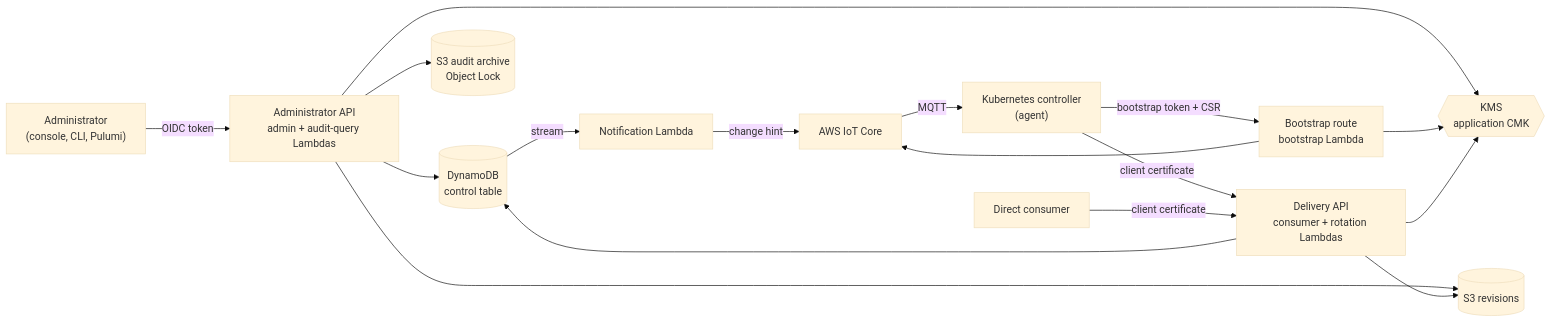
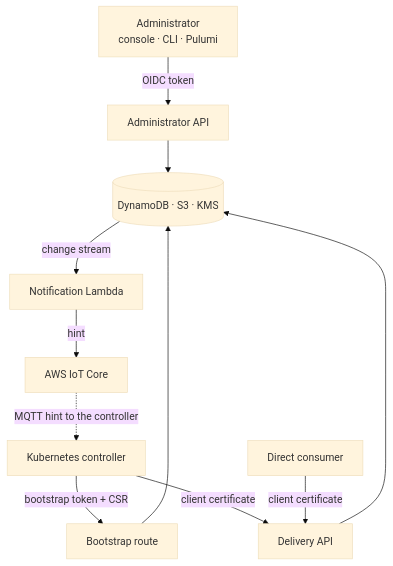
One commit to zyno-io/hemlig changed the diagram in docs/guide/architecture.md. Above: the diagram before and after it, drawn with Mermaid (base theme). The commit also changed 1 other file, not shown here.

Commit message:
docs: readable architecture diagram and neutral mermaid theme
The left-to-right component flowchart rendered too small to read. Use a
top-down flow with storage collapsed into one node, and the neutral
mermaid theme so diagrams match the site instead of mermaid's purple.

````diff
--- a/docs/guide/architecture.md
+++ b/docs/guide/architecture.md
@@ -15,24 +15,25 @@
 ```mermaid
-flowchart LR
-  admin["Administrator<br/>(console, CLI, Pulumi)"]
-  agent["Kubernetes controller<br/>(agent)"]
+flowchart TB
+  admin["Administrator<br/>console · CLI · Pulumi"]
+  agent["Kubernetes controller"]
   direct["Direct consumer"]
 
-  admin -- "OIDC token" --> adminapi["Administrator API<br/>admin + audit-query Lambdas"]
-  agent -- "bootstrap token + CSR" --> boot["Bootstrap route<br/>bootstrap Lambda"]
-  agent -- "client certificate" --> deliv["Delivery API<br/>consumer + rotation Lambdas"]
+  adminapi["Administrator API"]
+  boot["Bootstrap route"]
+  deliv["Delivery API"]
+
+  store[("DynamoDB · S3 · KMS")]
+  notify["Notification Lambda"]
+  iot["AWS IoT Core"]
+
+  admin -- "OIDC token" --> adminapi
+  agent -- "bootstrap token + CSR" --> boot
+  agent -- "client certificate" --> deliv
   direct -- "client certificate" --> deliv
-
-  adminapi --> ddb[("DynamoDB<br/>control table")]
-  adminapi --> s3rev[("S3 revisions")]
-  adminapi --> s3aud[("S3 audit archive<br/>Object Lock")]
-  adminapi --> kms{{"KMS<br/>application CMK"}}
-  boot --> kms
-  boot --> iot["AWS IoT Core"]
-  deliv --> ddb
-  deliv --> s3rev
-  deliv --> kms
-  ddb -- "stream" --> notify["Notification Lambda"]
-  notify -- "change hint" --> iot
-  iot -- "MQTT" --> agent
+  adminapi --> store
+  boot --> store
+  deliv --> store
+  store -- "change stream" --> notify
+  notify -- "hint" --> iot
+  iot -. "MQTT hint to the controller" .-> agent
 ```
````
